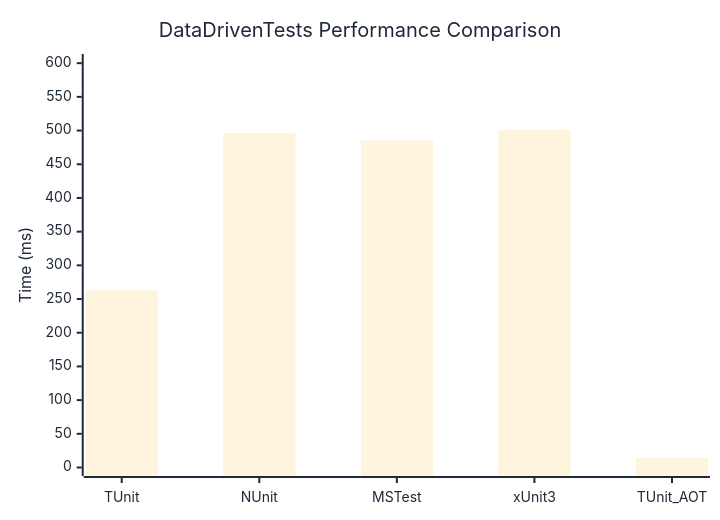
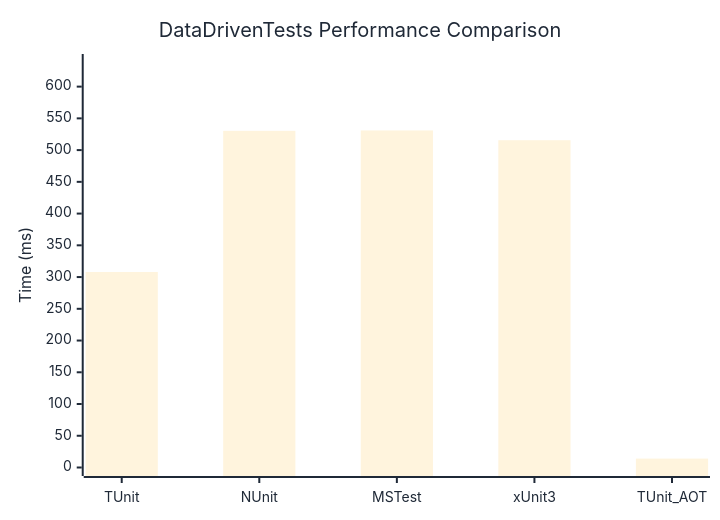
One commit to thomhurst/TUnit changed the diagram in docs/docs/benchmarks/engine/DataDrivenTests.md. Above: the diagram before and after it, drawn with Mermaid. The commit also changed other lines of this file and 18 other files, not shown here.

````diff
--- a/docs/docs/benchmarks/engine/DataDrivenTests.md
+++ b/docs/docs/benchmarks/engine/DataDrivenTests.md
@@ -29,37 +29,37 @@
 ```mermaid
 %%{init: {
   'theme':'base',
   'themeVariables': {
     'primaryColor': '#2563eb',
     'primaryTextColor': '#1f2937',
     'primaryBorderColor': '#1e40af',
     'lineColor': '#6b7280',
     'secondaryColor': '#7c3aed',
     'tertiaryColor': '#dc2626',
     'background': '#ffffff',
     'mainBkg': '#2563eb',
     'secondBkg': '#7c3aed',
     'tertiaryBkg': '#dc2626',
     'clusterBkg': '#f3f4f6',
     'edgeLabelBackground': '#ffffff',
     'tertiaryTextColor': '#1f2937',
     'pie1': '#2563eb',
     'pie2': '#7c3aed',
     'pie3': '#dc2626',
     'pie4': '#f59e0b',
     'pie5': '#10b981',
     'pie6': '#06b6d4',
     'pie7': '#ec4899',
     'pie8': '#6366f1',
     'pie9': '#84cc16',
     'pie10': '#f97316',
     'pie11': '#14b8a6',
     'pie12': '#a855f7'
   }
 }}%%
 xychart-beta
   title "DataDrivenTests Performance Comparison"
   x-axis ["TUnit", "NUnit", "MSTest", "xUnit3", "TUnit_AOT"]
-  y-axis "Time (ms)" 0 --> 601
-  bar [262.72, 496.4, 485.22, 500.82, 13.86]
+  y-axis "Time (ms)" 0 --> 638
+  bar [307.96, 530.35, 530.95, 515.59, 14.03]
 ```
````
